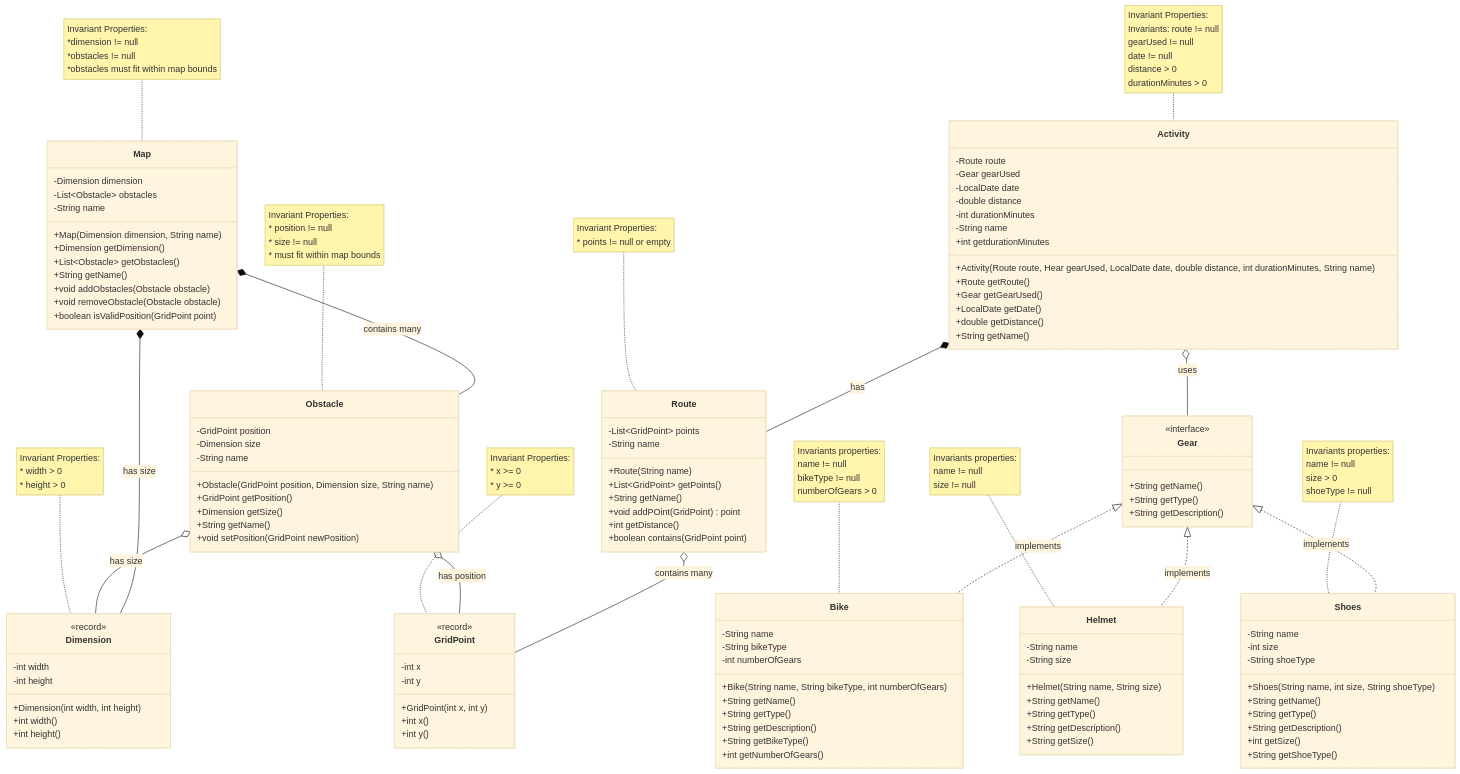
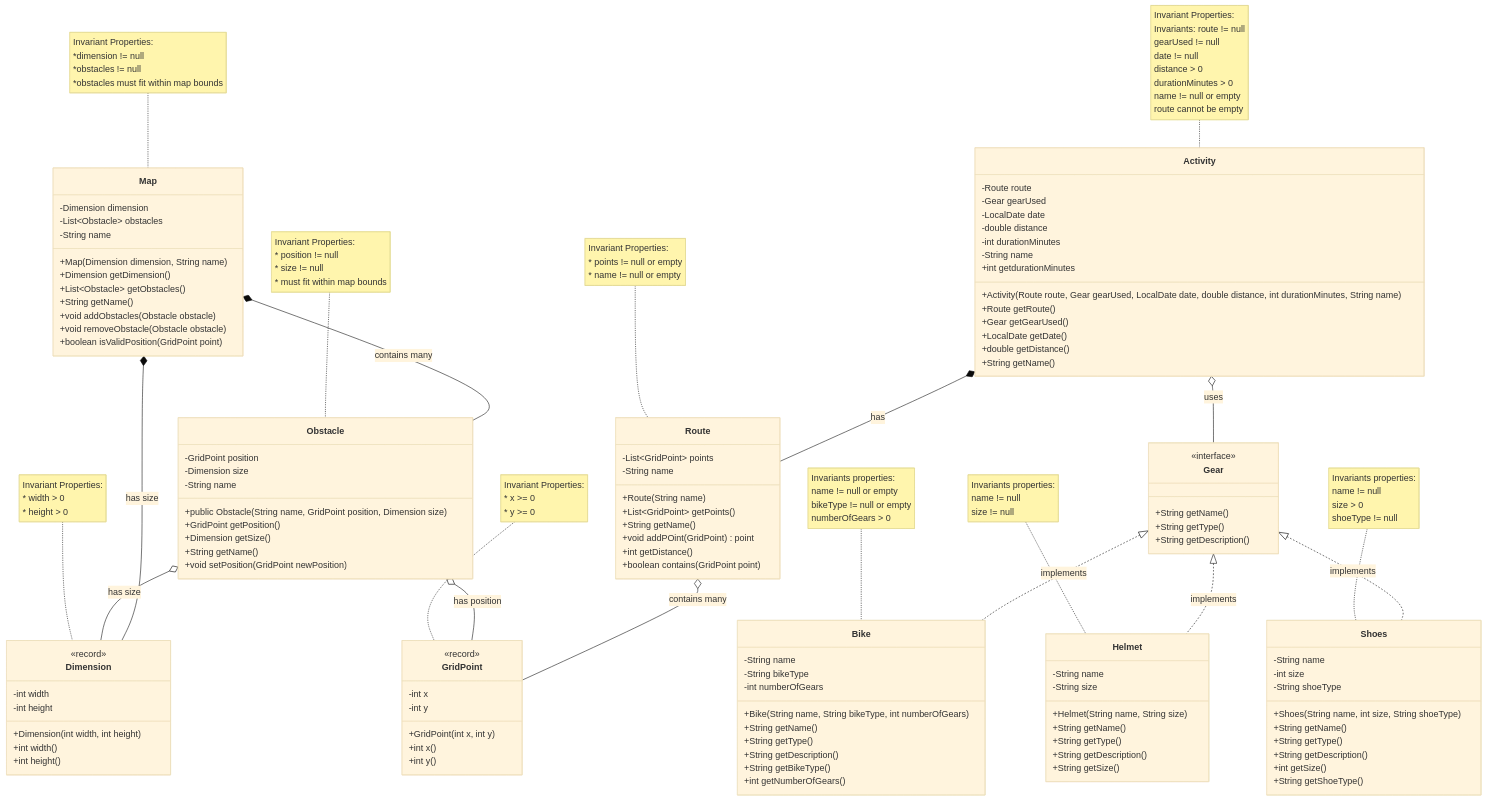
Before and after one commit to mahinabdullah04/CycleTracker: the diagram in README.md, drawn with Mermaid (base theme). The commit also changed 13 other files, not shown here.

```diff
--- a/README.md
+++ b/README.md
@@ -55,7 +55,7 @@
          -GridPoint position
          -Dimension size
          -String name
-         +Obstacle(GridPoint position, Dimension size, String name)
+         +public Obstacle(String name, GridPoint position, Dimension size)
          +GridPoint getPosition()
          +Dimension getSize()
          +String getName()
@@ -77,7 +77,8 @@
          +boolean contains(GridPoint point)
      }
      note for Route "Invariant Properties:
-     * points != null or empty"
+     * points != null or empty
+     * name != null or empty"
      
      class Map{
          -Dimension dimension
@@ -103,7 +104,7 @@
          -double distance
          -int durationMinutes
          -String name
-         +Activity(Route route, Hear gearUsed, LocalDate date, double distance, int durationMinutes, String name)
+         +Activity(Route route, Gear gearUsed, LocalDate date, double distance, int durationMinutes, String name)
          +Route getRoute()
          +Gear getGearUsed()
          +LocalDate getDate()
@@ -117,7 +118,9 @@
      gearUsed != null 
      date != null 
      distance > 0 
-     durationMinutes > 0"
+     durationMinutes > 0
+     name != null or empty
+     route cannot be empty"
      
      class Gear{
         <<interface>>
@@ -138,8 +141,8 @@
         +int getNumberOfGears()
     }
     note for Bike "Invariants properties: 
-    name != null 
-    bikeType != null
+    name != null or empty
+    bikeType != null or empty
     numberOfGears > 0"
 
     class Helmet {
```
